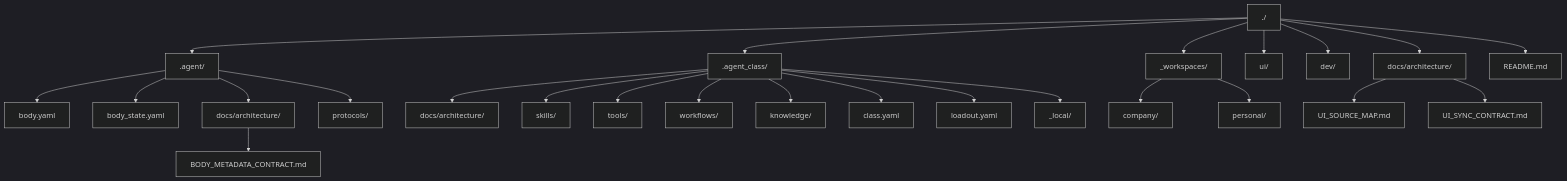
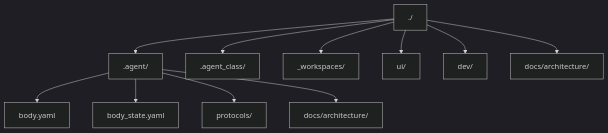
The diagram in docs/architecture/TARGET_TREE.md (SungYongMOON/soulforge), drawn with Mermaid (dark theme) before and after one commit. The commit also changed other lines of this file and 43 other files, not shown here.

````diff
--- a/docs/architecture/TARGET_TREE.md
+++ b/docs/architecture/TARGET_TREE.md
@@ -27,27 +27,13 @@
 ```mermaid
 flowchart TD
   Root["./"] --> A[".agent/"]
   Root --> C[".agent_class/"]
   Root --> W["_workspaces/"]
   Root --> U["ui/"]
   Root --> V["dev/"]
   Root --> D["docs/architecture/"]
-  Root --> R["README.md"]
   A --> AY["body.yaml"]
   A --> AS["body_state.yaml"]
+  A --> AP["protocols/"]
   A --> AD["docs/architecture/"]
-  A --> AP["protocols/"]
-  AD --> AB["BODY_METADATA_CONTRACT.md"]
-  C --> CD["docs/architecture/"]
-  C --> SK["skills/"]
-  C --> TL["tools/"]
-  C --> WF["workflows/"]
-  C --> KN["knowledge/"]
-  C --> CY["class.yaml"]
-  C --> LY["loadout.yaml"]
-  C --> CL["_local/"]
-  W --> WC["company/"]
-  W --> WP["personal/"]
-  D --> DS["UI_SOURCE_MAP.md"]
-  D --> DC["UI_SYNC_CONTRACT.md"]
 ```
````
